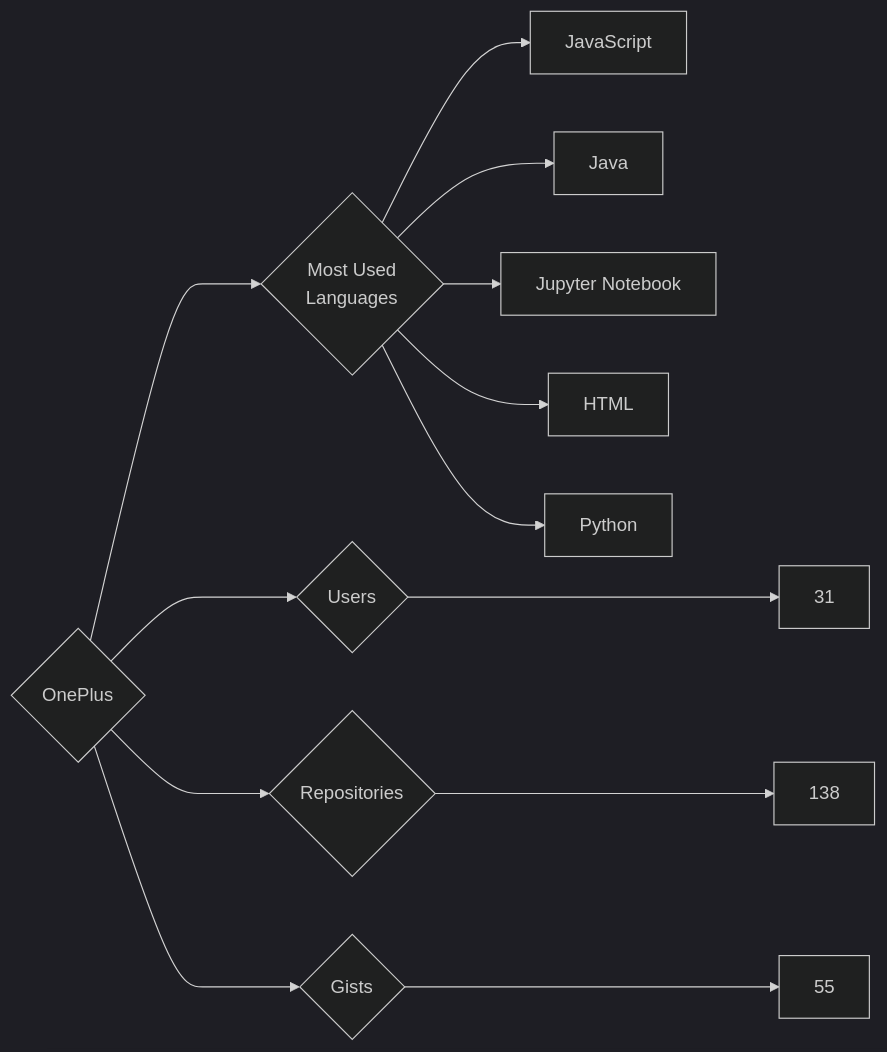
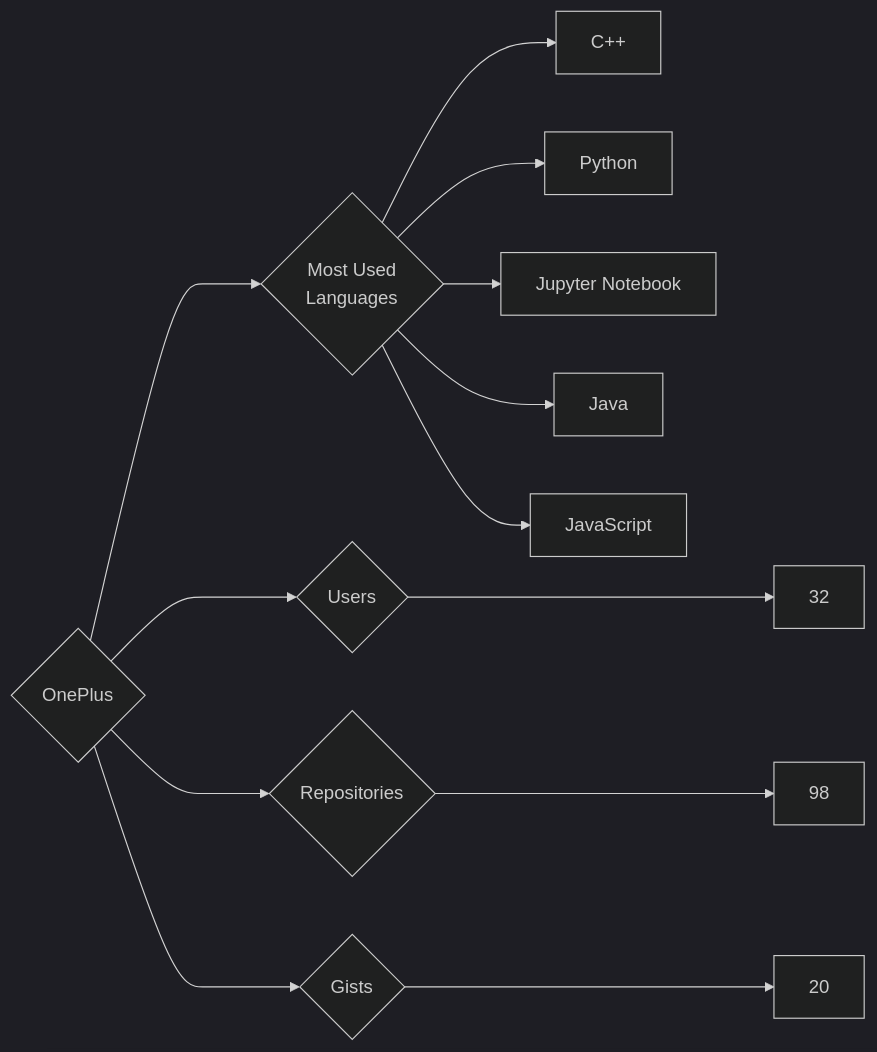
Before and after one commit to trickest/insiders: the diagram in targets/OnePlus/README.md, drawn with Mermaid (dark theme). The commit also changed 1011 other files, not shown here.

````diff
--- a/targets/OnePlus/README.md
+++ b/targets/OnePlus/README.md
@@ -3,13 +3,13 @@
 ```mermaid
 graph LR
 COMPANY_NAME{OnePlus}
-COMPANY_NAME ---> U{Users} ---> UN[31]
-COMPANY_NAME ---> R{Repositories} ---> RN[138]
-COMPANY_NAME ---> G{Gists} ---> GN[55]
+COMPANY_NAME ---> U{Users} ---> UN[32]
+COMPANY_NAME ---> R{Repositories} ---> RN[98]
+COMPANY_NAME ---> G{Gists} ---> GN[20]
 COMPANY_NAME ---> ML{Most Used<br>Languages}
+ML --> C++[C++]
+ML --> Python[Python]
+ML --> Jupyter_Notebook[Jupyter Notebook]
+ML --> Java[Java]
 ML --> JavaScript[JavaScript]
-ML --> Java[Java]
-ML --> Jupyter_Notebook[Jupyter Notebook]
-ML --> HTML[HTML]
-ML --> Python[Python]
 ```
````
